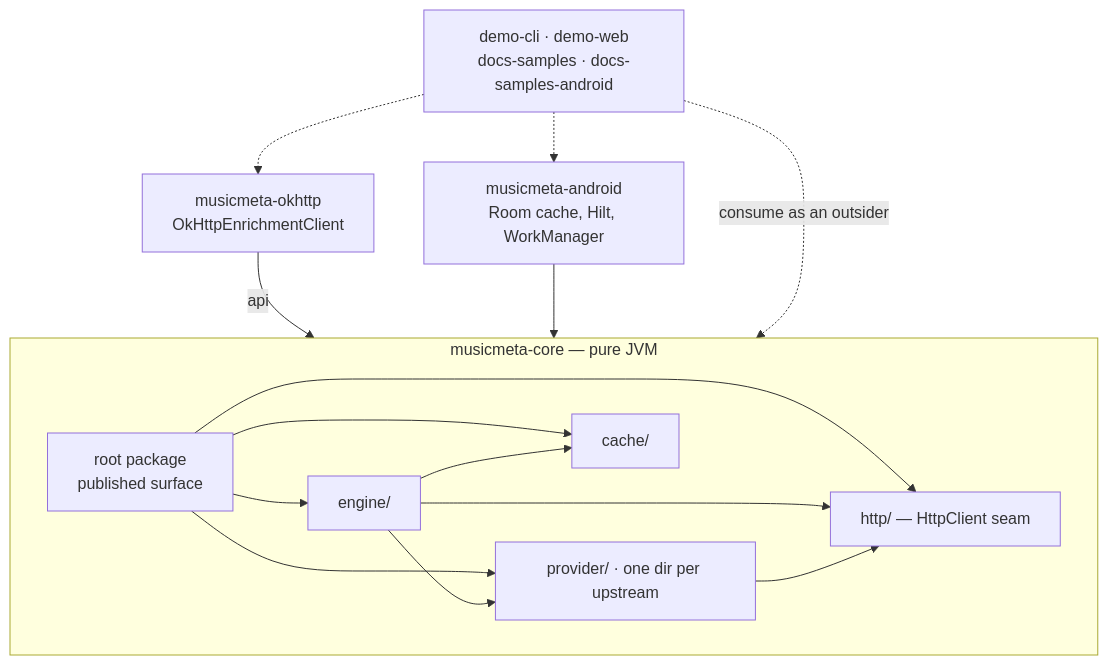
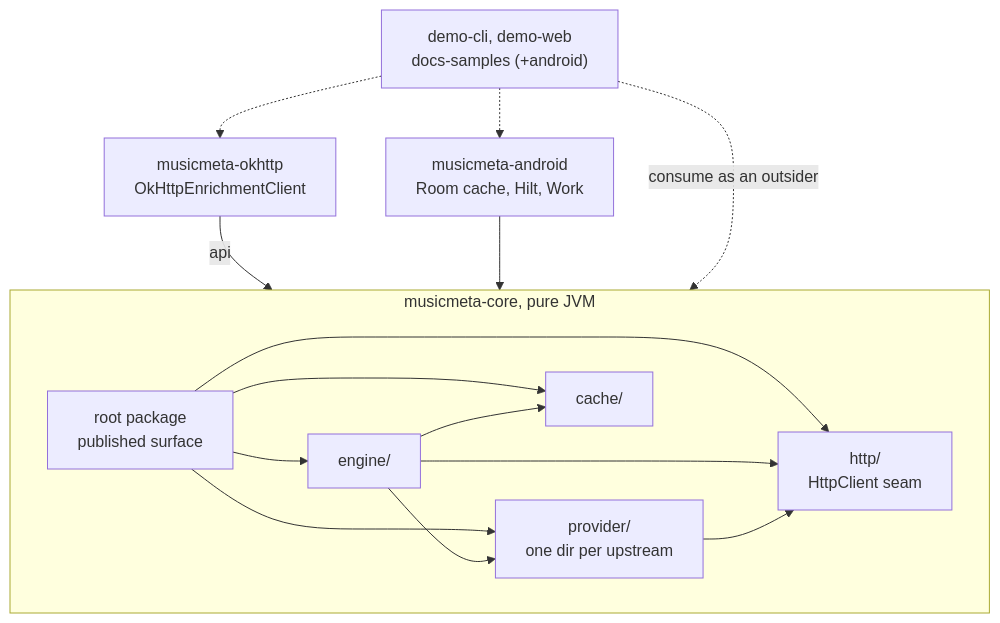
One commit to famesjranko/musicmeta changed the first of 2 diagrams in ARCHITECTURE.md. Above: the diagram before and after it, drawn with Mermaid. The commit also changed other lines of this file, not shown here.

Commit message:
docs: shorten diagram labels so GitHub stops clipping them

````diff
--- a/ARCHITECTURE.md
+++ b/ARCHITECTURE.md
@@ -30,23 +30,23 @@
 ```mermaid
 flowchart TD
-    subgraph core["musicmeta-core — pure JVM"]
+    subgraph core["musicmeta-core, pure JVM"]
         published["root package<br/>published surface"]
         engine["engine/"]
-        provider["provider/ · one dir per upstream"]
+        provider["provider/<br/>one dir per upstream"]
         cache["cache/"]
-        http["http/ — HttpClient seam"]
+        http["http/<br/>HttpClient seam"]
         published --> engine
         published --> provider
         published --> cache
         published --> http
         engine --> provider
         engine --> cache
         engine --> http
         provider --> http
     end
     okhttp["musicmeta-okhttp<br/>OkHttpEnrichmentClient"] -->|api| core
-    android["musicmeta-android<br/>Room cache, Hilt, WorkManager"] --> core
-    demos["demo-cli · demo-web<br/>docs-samples · docs-samples-android"] -.->|"consume as an outsider"| core
+    android["musicmeta-android<br/>Room cache, Hilt, Work"] --> core
+    demos["demo-cli, demo-web<br/>docs-samples (+android)"] -.->|"consume as an outsider"| core
     demos -.-> okhttp
     demos -.-> android
 ```
````
